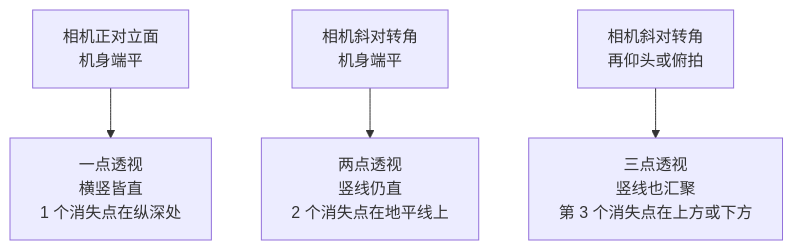
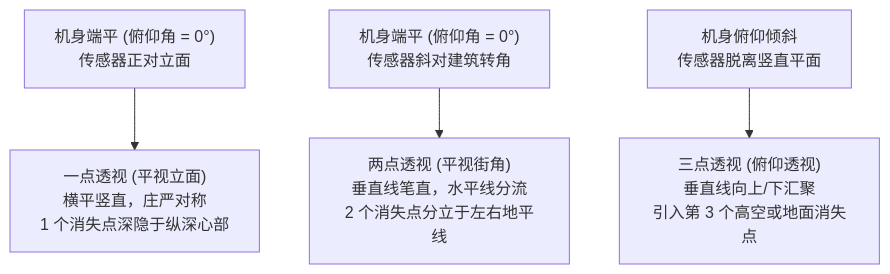
Before and after one commit to yingwang/photography-book: the diagram in docs/10-architecture.md, drawn with Mermaid. The commit also changed other lines of this file, not shown here.

````diff
--- a/docs/10-architecture.md
+++ b/docs/10-architecture.md
@@ -47,6 +49,6 @@
 ```mermaid
 graph TD
-  A["相机正对立面<br/>机身端平"] --> A1["一点透视<br/>横竖皆直<br/>1 个消失点在纵深处"]
-  B["相机斜对转角<br/>机身端平"] --> B1["两点透视<br/>竖线仍直<br/>2 个消失点在地平线上"]
-  C["相机斜对转角<br/>再仰头或俯拍"] --> C1["三点透视<br/>竖线也汇聚<br/>第 3 个消失点在上方或下方"]
+  A["机身端平 (俯仰角 = 0°)<br/>传感器正对立面"] --> A1["一点透视 (平视立面)<br/>横平竖直，庄严对称<br/>1 个消失点深隐于纵深心部"]
+  B["机身端平 (俯仰角 = 0°)<br/>传感器斜对建筑转角"] --> B1["两点透视 (平视街角)<br/>垂直线笔直，水平线分流<br/>2 个消失点分立于左右地平线"]
+  C["机身俯仰倾斜<br/>传感器脱离竖直平面"] --> C1["三点透视 (俯仰透视)<br/>垂直线向上/下汇聚<br/>引入第 3 个高空或地面消失点"]
 ```
````
